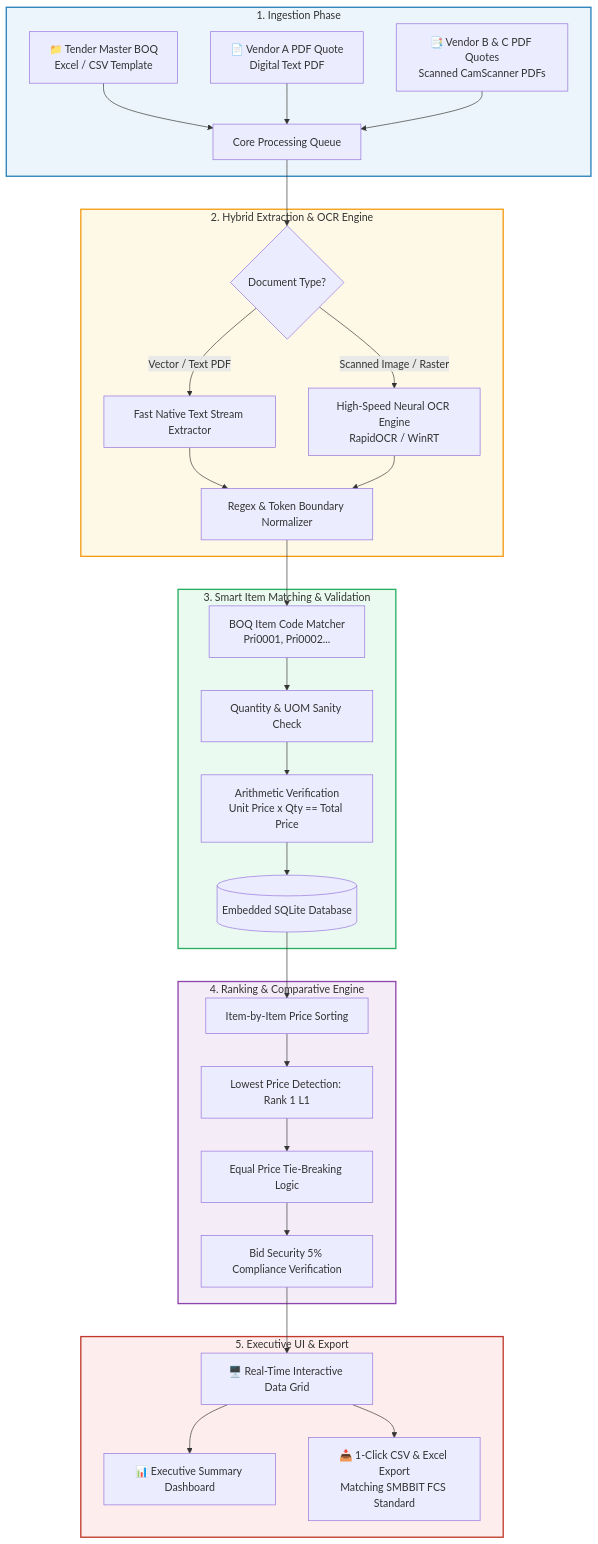
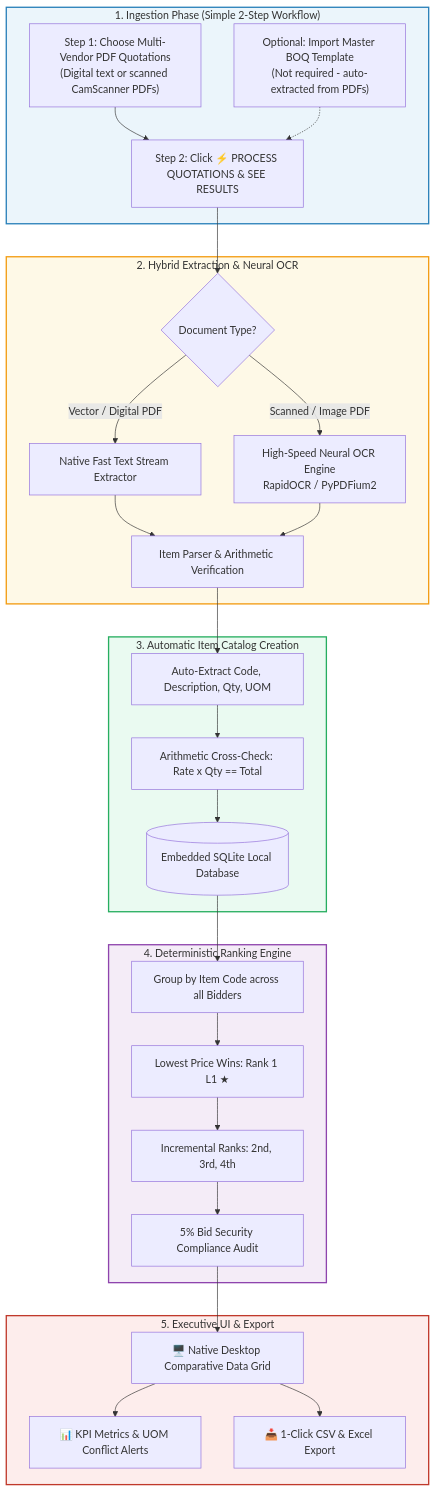
One commit to Muhammad9985/BidMatrix-Pro changed the first of 7 diagrams in README.md. Above: the diagram before and after it, drawn with Mermaid. The commit also changed other lines of this file, not shown here.

````diff
--- a/README.md
+++ b/README.md
@@ -27,42 +32,43 @@
 ```mermaid
 flowchart TD
-    subgraph INGESTION ["1. Ingestion Phase"]
-        A[📁 Tender Master BOQ<br/>Excel / CSV Template] --> D[Core Processing Queue]
-        B[📄 Vendor A PDF Quote<br/>Digital Text PDF] --> D
-        C[📑 Vendor B & C PDF Quotes<br/>Scanned CamScanner PDFs] --> D
+    subgraph INGESTION ["1. Ingestion Phase (Simple 2-Step Workflow)"]
+        STEP1["Step 1: Choose Multi-Vendor PDF Quotations<br/>(Digital text or scanned CamScanner PDFs)"]
+        BOQ_OPT["Optional: Import Master BOQ Template<br/>(Not required - auto-extracted from PDFs)"]
+        STEP2["Step 2: Click ⚡ PROCESS QUOTATIONS & SEE RESULTS"]
+        STEP1 --> STEP2
+        BOQ_OPT -.-> STEP2
     end
 
-    subgraph EXTRACTION ["2. Hybrid Extraction & OCR Engine"]
-        D --> E{Document Type?}
-        E -- Vector / Text PDF --> F[Fast Native Text Stream Extractor]
-        E -- Scanned Image / Raster --> G[High-Speed Neural OCR Engine<br/>RapidOCR / WinRT]
-        F --> H[Regex & Token Boundary Normalizer]
+    subgraph EXTRACTION ["2. Hybrid Extraction & Neural OCR"]
+        STEP2 --> E{Document Type?}
+        E -- Vector / Digital PDF --> F[Native Fast Text Stream Extractor]
+        E -- Scanned / Image PDF --> G[High-Speed Neural OCR Engine<br/>RapidOCR / PyPDFium2]
+        F --> H[Item Parser & Arithmetic Verification]
         G --> H
     end
 
-    subgraph MAPPING ["3. Smart Item Matching & Validation"]
-        H --> I[BOQ Item Code Matcher<br/>Pri0001, Pri0002...]
-        I --> J[Quantity & UOM Sanity Check]
-        J --> K[Arithmetic Verification<br/>Unit Price x Qty == Total Price]
-        K --> L[(Embedded SQLite Database)]
+    subgraph MAPPING ["3. Automatic Item Catalog Creation"]
+        H --> I[Auto-Extract Code, Description, Qty, UOM]
+        I --> J[Arithmetic Cross-Check: Rate x Qty == Total]
+        J --> K[(Embedded SQLite Local Database)]
     end
 
-    subgraph EVALUATION ["4. Ranking & Comparative Engine"]
-        L --> M[Item-by-Item Price Sorting]
-        M --> N[Lowest Price Detection: Rank 1 L1]
-        N --> O[Equal Price Tie-Breaking Logic]
-        O --> P[Bid Security 5% Compliance Verification]
+    subgraph EVALUATION ["4. Deterministic Ranking Engine"]
+        K --> L[Group by Item Code across all Bidders]
+        L --> M[Lowest Price Wins: Rank 1 L1 ★]
+        M --> N[Incremental Ranks: 2nd, 3rd, 4th]
+        N --> O[5% Bid Security Compliance Audit]
     end
 
     subgraph OUTPUT ["5. Executive UI & Export"]
-        P --> Q[🖥️ Real-Time Interactive Data Grid]
-        Q --> R[📊 Executive Summary Dashboard]
-        Q --> S[📥 1-Click CSV & Excel Export<br/>Matching SMBBIT FCS Standard]
+        O --> P[🖥️ Native Desktop Comparative Data Grid]
+        P --> Q[📊 KPI Metrics & UOM Conflict Alerts]
+        P --> R[📥 1-Click CSV & Excel Export]
     end
 
     style INGESTION fill:#EBF5FB,stroke:#2980B9,stroke-width:2px;
     style EXTRACTION fill:#FEF9E7,stroke:#F39C12,stroke-width:2px;
     style MAPPING fill:#EAFAF1,stroke:#27AE60,stroke-width:2px;
     style EVALUATION fill:#F4ECF7,stroke:#8E44AD,stroke-width:2px;
     style OUTPUT fill:#FDEDEC,stroke:#C0392B,stroke-width:2px;
 ```
````
